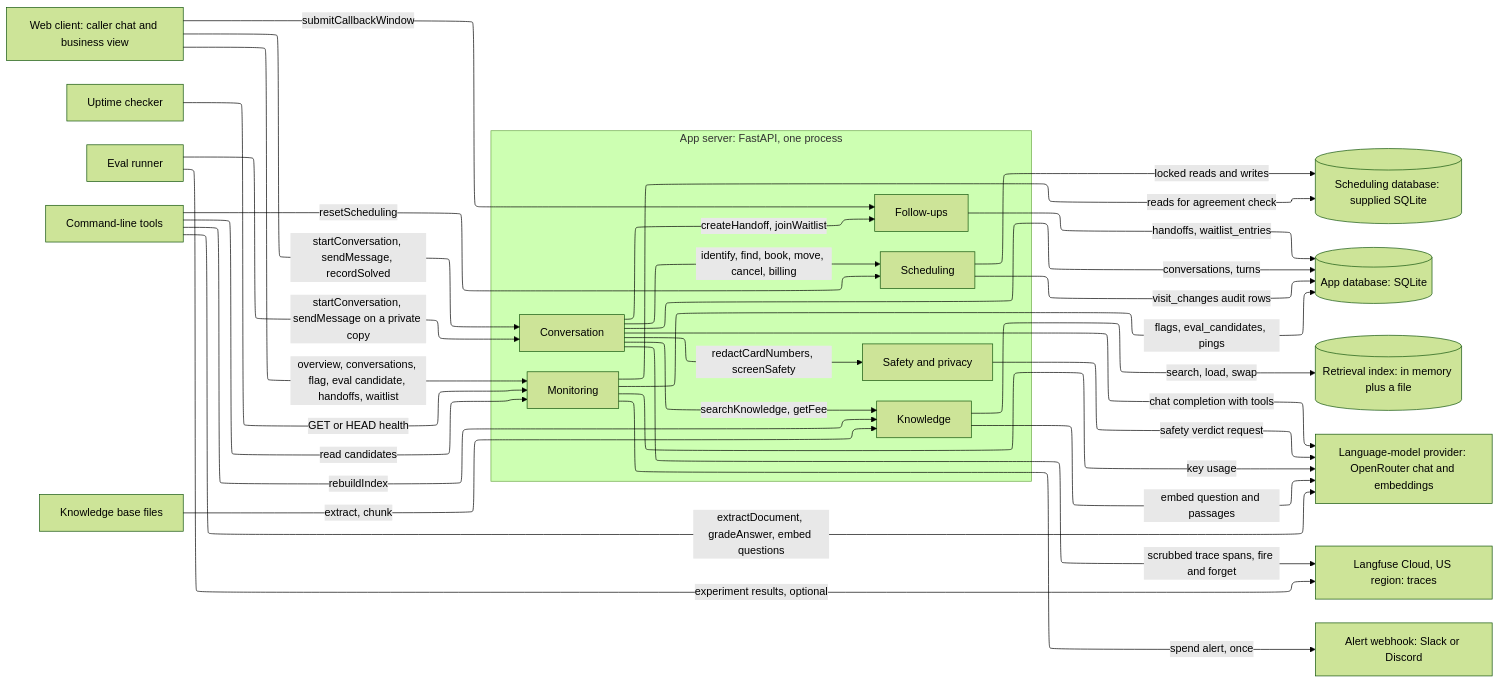
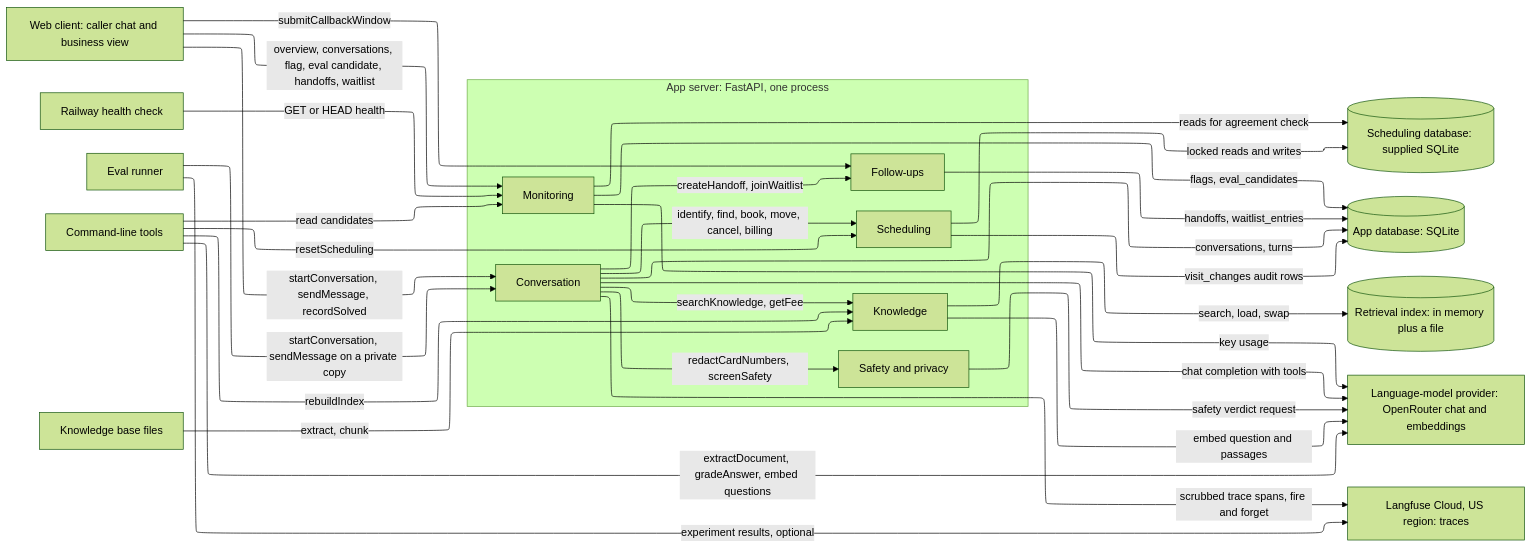
The first of 11 diagrams in docs/ARCHITECTURE.md (ThinkBuildMake/aea-fde-challenge), drawn with Mermaid (forest theme) before and after one commit. The commit also changed other lines of this file and 13 other files, not shown here.

First line of the commit message:
Drop the uptime monitor and alert messages

````diff
--- a/docs/ARCHITECTURE.md
+++ b/docs/ARCHITECTURE.md
@@ -7,51 +7,49 @@
 ```mermaid
 %%{init: {"layout": "elk", "flowchart": {"nodeSpacing": 40, "rankSpacing": 60}}}%%
 flowchart LR
   client["Web client: caller chat and business view"]
-  uptime["Uptime checker"]
+  host["Railway health check"]
   evalr["Eval runner"]
   cli["Command-line tools"]
   kb["Knowledge base files"]
   subgraph app["App server: FastAPI, one process"]
     conv["Conversation"]
     safety["Safety and privacy"]
     know["Knowledge"]
     sched["Scheduling"]
     fup["Follow-ups"]
     mon["Monitoring"]
   end
   sdb[("Scheduling database: supplied SQLite")]
   adb[("App database: SQLite")]
   idx[("Retrieval index: in memory plus a file")]
   llm["Language-model provider: OpenRouter chat and embeddings"]
   lf["Langfuse Cloud, US region: traces"]
-  chatops["Alert webhook: Slack or Discord"]
   client -->|startConversation, sendMessage, recordSolved| conv
   client -->|submitCallbackWindow| fup
   client -->|overview, conversations, flag, eval candidate, handoffs, waitlist| mon
-  uptime -->|GET or HEAD health| mon
+  host -->|GET or HEAD health| mon
   evalr -->|startConversation, sendMessage on a private copy| conv
   cli -->|rebuildIndex| know
   cli -->|resetScheduling| sched
   cli -->|read candidates| mon
   cli -->|extractDocument, gradeAnswer, embed questions| llm
   kb -->|extract, chunk| know
   conv -->|redactCardNumbers, screenSafety| safety
   conv -->|searchKnowledge, getFee| know
   conv -->|identify, find, book, move, cancel, billing| sched
   conv -->|createHandoff, joinWaitlist| fup
   conv -->|chat completion with tools| llm
   safety -->|safety verdict request| llm
   know -->|embed question and passages| llm
   know -->|search, load, swap| idx
   mon -->|key usage| llm
   conv -->|scrubbed trace spans, fire and forget| lf
   evalr -->|experiment results, optional| lf
-  mon -->|spend alert, once| chatops
   sched -->|locked reads and writes| sdb
   sched -->|visit_changes audit rows| adb
   mon -->|reads for agreement check| sdb
   conv -->|conversations, turns| adb
   fup -->|handoffs, waitlist_entries| adb
-  mon -->|flags, eval_candidates, pings| adb
+  mon -->|flags, eval_candidates| adb
 ```
````
